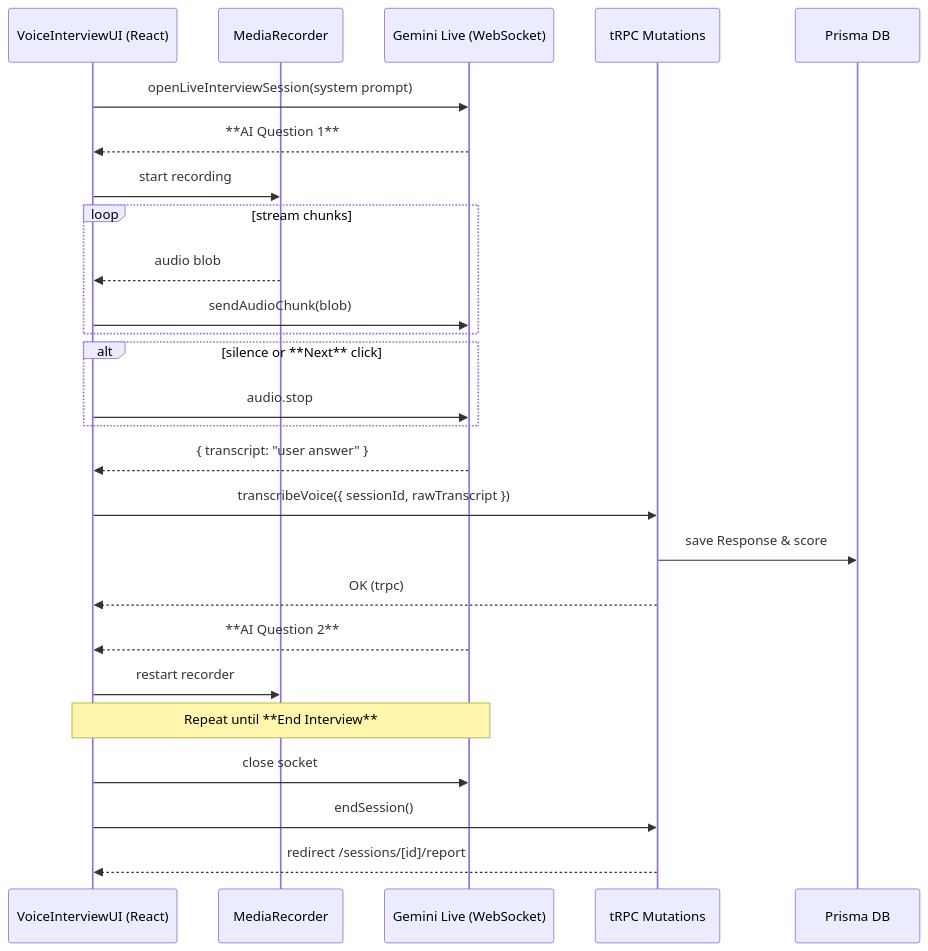
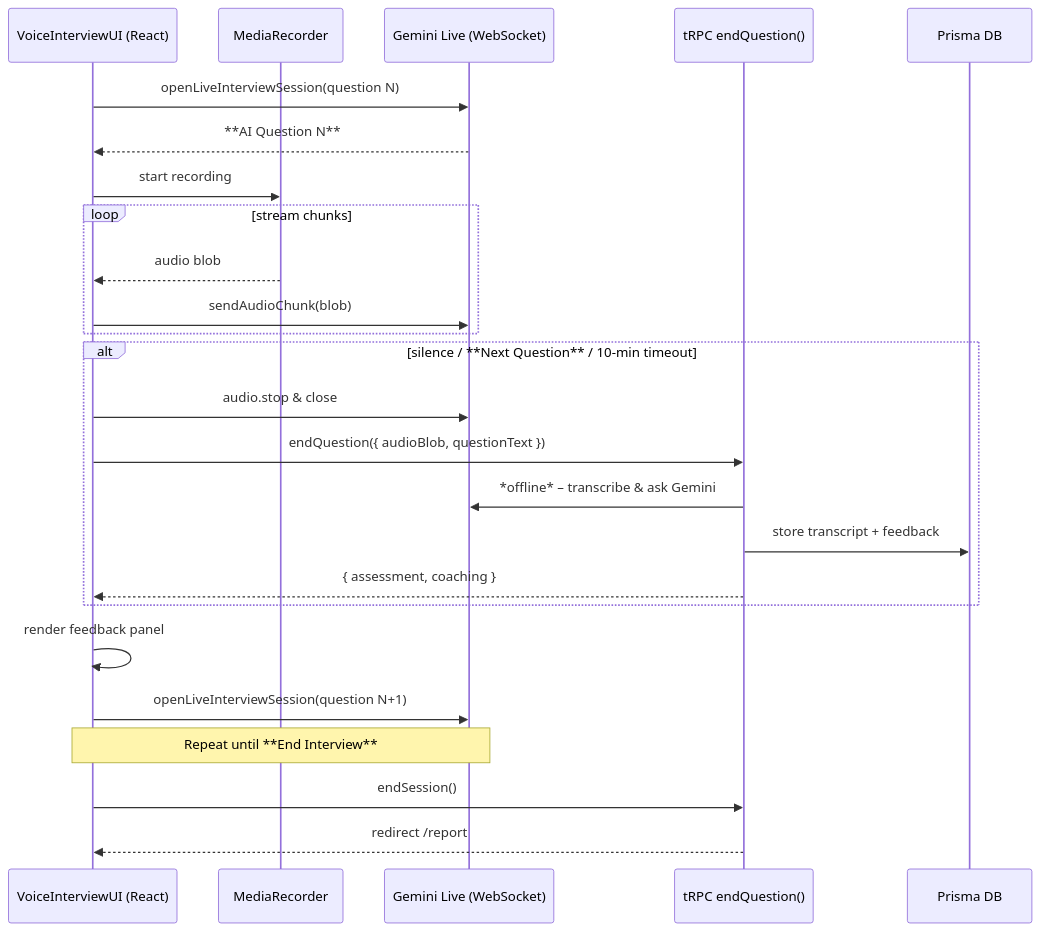
One commit to BoomMccloud/interviewer-pro changed the diagram in project_planning/feature-backlog/feature_voice_modality.md. Above: the diagram before and after it, drawn with Mermaid. The commit also changed other lines of this file and 15 other files, not shown here.

````diff
--- a/project_planning/feature-backlog/feature_voice_modality.md
+++ b/project_planning/feature-backlog/feature_voice_modality.md
@@ -186,29 +234,28 @@
 ```mermaid
 sequenceDiagram
   participant UI as VoiceInterviewUI (React)
   participant Mic as MediaRecorder
   participant G as Gemini Live (WebSocket)
-  participant API as tRPC Mutations
+  participant API as tRPC endQuestion()
   participant DB as Prisma DB
 
-  UI->>G: openLiveInterviewSession(system prompt)
-  G-->>UI: **AI Question 1**
+  UI->>G: openLiveInterviewSession(question N)
+  G-->>UI: **AI Question N**
   UI->>Mic: start recording
   loop stream chunks
     Mic-->>UI: audio blob
     UI->>G: sendAudioChunk(blob)
   end
-  alt silence or **Next** click
-    UI->>G: audio.stop
+  alt silence / **Next Question** / 10-min timeout
+    UI->>G: audio.stop & close
+    UI->>API: endQuestion({ audioBlob, questionText })
+    API->>G: *offline* – transcribe & ask Gemini
+    API->>DB: store transcript + feedback
+    API-->>UI: { assessment, coaching }
   end
-  G-->>UI: { transcript: "user answer" }
-  UI->>API: transcribeVoice({ sessionId, rawTranscript })
-  API->>DB: save Response & score
-  API-->>UI: OK (trpc)
-  G-->>UI: **AI Question 2**
-  UI->>Mic: restart recorder
+  UI->>UI: render feedback panel
+  UI->>G: openLiveInterviewSession(question N+1)
   Note over UI,G: Repeat until **End Interview**
-  UI->>G: close socket
   UI->>API: endSession()
-  API-->>UI: redirect /sessions/[id]/report
+  API-->>UI: redirect /report
 ```
````
